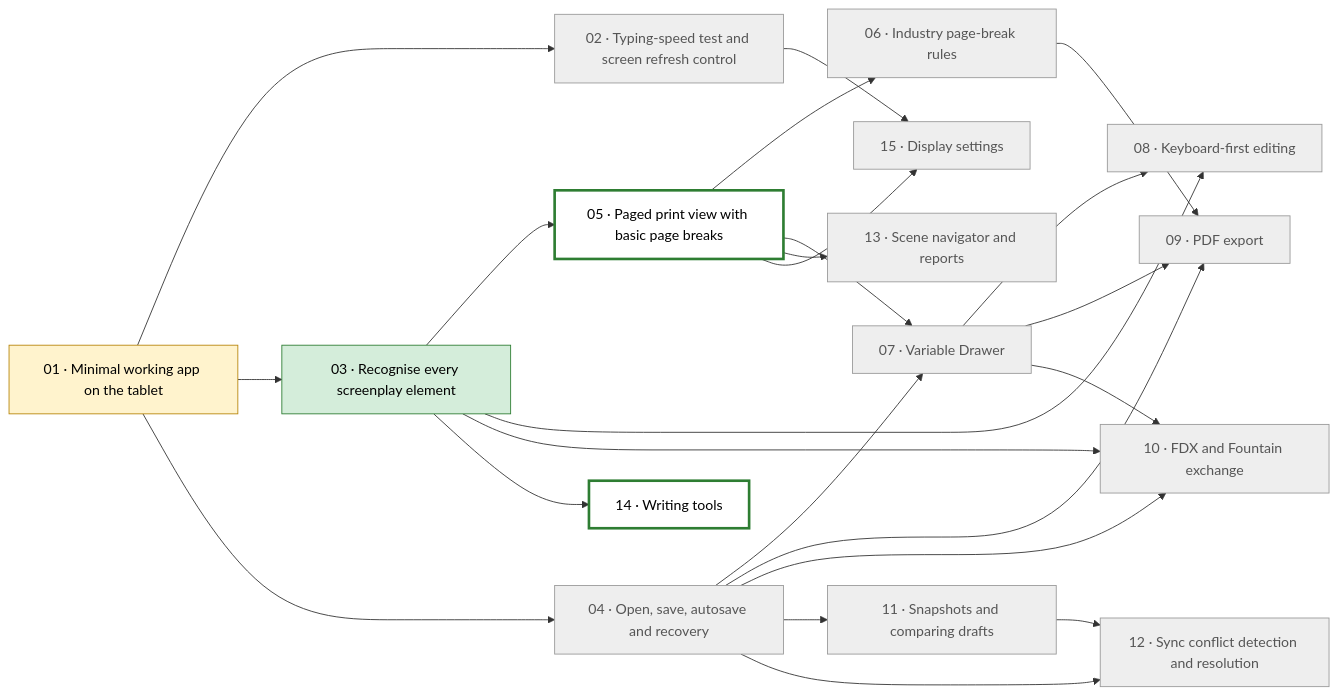
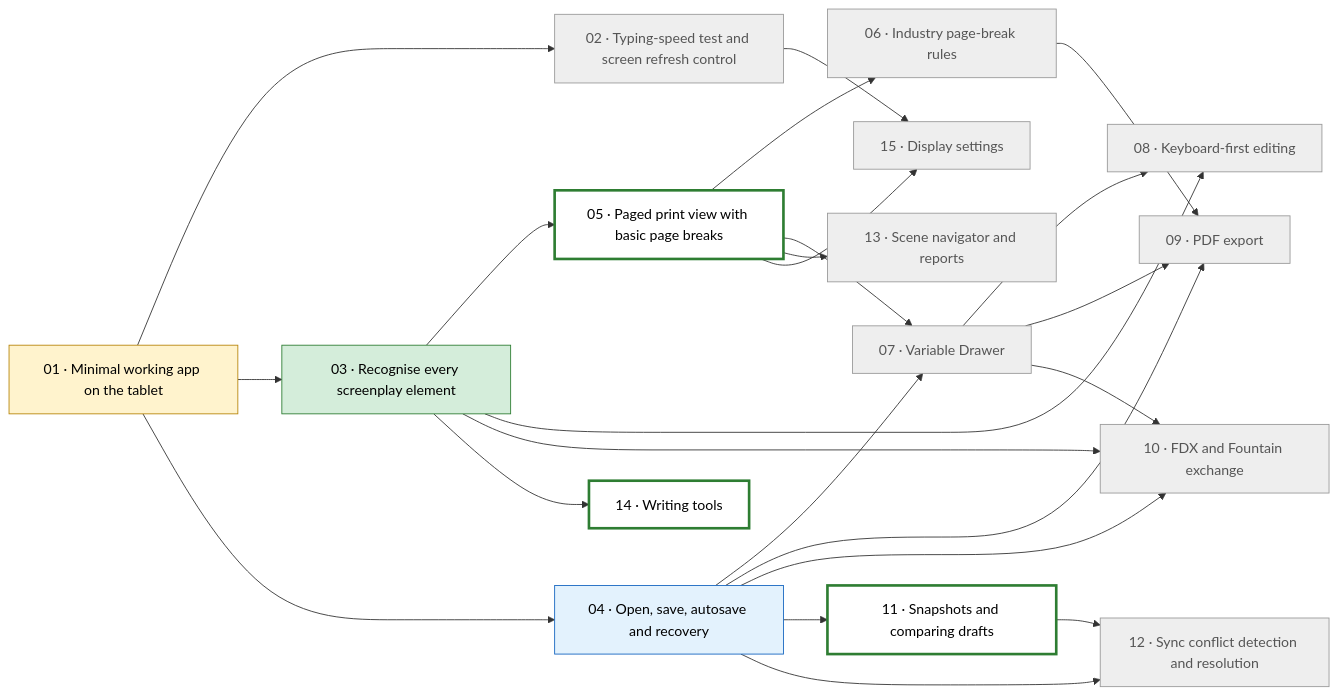
One commit to mikebgio/eink-screenplay-writer changed the diagram in PLAN.md. Above: the diagram before and after it, drawn with Mermaid. The commit also changed other lines of this file and 23 other files, not shown here.

First line of the commit message:
04: Open, save, autosave and recovery (#5)

````diff
--- a/PLAN.md
+++ b/PLAN.md
@@ -45,45 +45,45 @@
 ```mermaid
 flowchart LR
   T01["01 · Minimal working app on the tablet"]:::inprogress
   T02["02 · Typing-speed test and screen refresh control"]:::blocked
   T03["03 · Recognise every screenplay element"]:::done
-  T04["04 · Open, save, autosave and recovery"]:::blocked
+  T04["04 · Open, save, autosave and recovery"]:::needsdevice
   T05["05 · Paged print view with basic page breaks"]:::ready
   T06["06 · Industry page-break rules"]:::blocked
   T07["07 · Variable Drawer"]:::blocked
   T08["08 · Keyboard-first editing"]:::blocked
   T09["09 · PDF export"]:::blocked
   T10["10 · FDX and Fountain exchange"]:::blocked
-  T11["11 · Snapshots and comparing drafts"]:::blocked
+  T11["11 · Snapshots and comparing drafts"]:::ready
   T12["12 · Sync conflict detection and resolution"]:::blocked
   T13["13 · Scene navigator and reports"]:::blocked
   T14["14 · Writing tools"]:::ready
   T15["15 · Display settings"]:::blocked
   T01 --> T02
   T01 --> T03
   T01 --> T04
   T03 --> T05
   T05 --> T06
   T04 --> T07
   T05 --> T07
   T03 --> T08
   T07 --> T08
   T04 --> T09
   T06 --> T09
   T07 --> T09
   T03 --> T10
   T04 --> T10
   T07 --> T10
   T04 --> T11
   T04 --> T12
   T11 --> T12
   T05 --> T13
   T03 --> T14
   T02 --> T15
   T05 --> T15
   classDef done fill:#d4edda,stroke:#2e7d32,color:#000
   classDef needsdevice fill:#e3f2fd,stroke:#1565c0,color:#000
   classDef inprogress fill:#fff3cd,stroke:#b8860b,color:#000
   classDef ready fill:#ffffff,stroke:#2e7d32,stroke-width:3px,color:#000
   classDef blocked fill:#eeeeee,stroke:#999,color:#555
 ```
````
